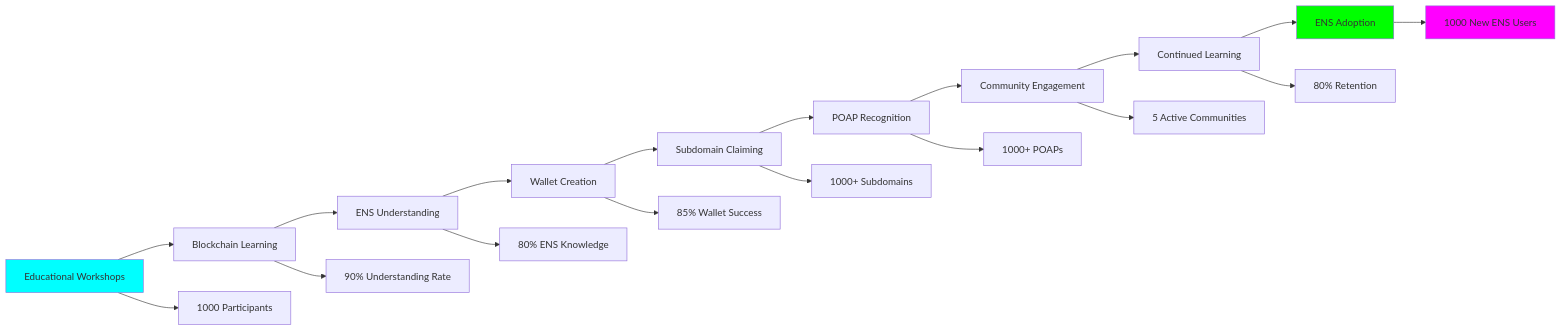
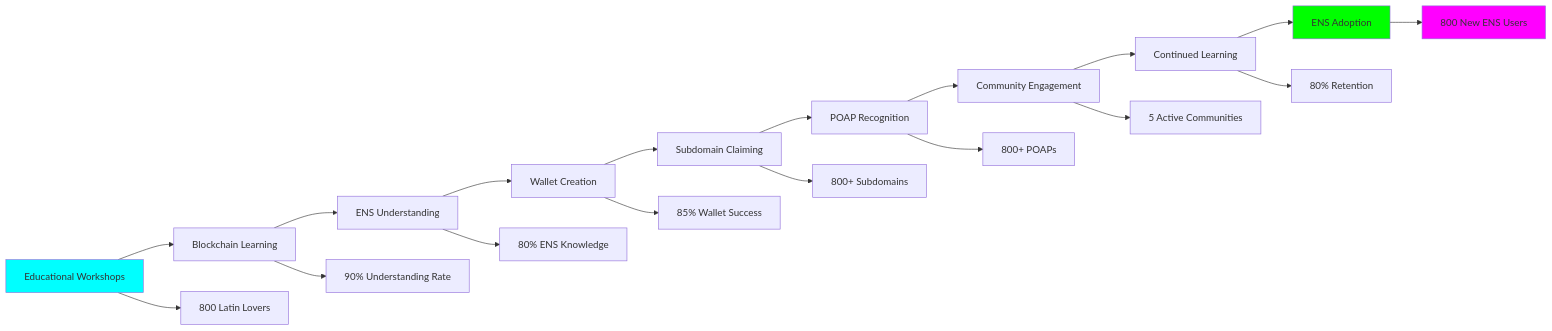
The seventh of 12 diagrams in visuals/project-diagrams.md (imrulo/lat.eth), drawn with Mermaid before and after one commit. The commit also changed other lines of this file and 21 other files, not shown here.

````diff
--- a/visuals/project-diagrams.md
+++ b/visuals/project-diagrams.md
@@ -161,25 +161,25 @@
 ```mermaid
 graph LR
     A[Educational Workshops] --> B[Blockchain Learning]
     B --> C[ENS Understanding]
     C --> D[Wallet Creation]
     D --> E[Subdomain Claiming]
     E --> F[POAP Recognition]
     F --> G[Community Engagement]
     G --> H[Continued Learning]
     H --> I[ENS Adoption]
     
-    A --> J[1000 Participants]
+    A --> J[800 Latin Lovers]
     B --> K[90% Understanding Rate]
     C --> L[80% ENS Knowledge]
     D --> M[85% Wallet Success]
-    E --> N[1000+ Subdomains]
-    F --> O[1000+ POAPs]
+    E --> N[800+ Subdomains]
+    F --> O[800+ POAPs]
     G --> P[5 Active Communities]
     H --> Q[80% Retention]
-    I --> R[1000 New ENS Users]
+    I --> R[800 New ENS Users]
     
     style A fill:#00ffff
     style I fill:#00ff00
     style R fill:#ff00ff
 ```
````
